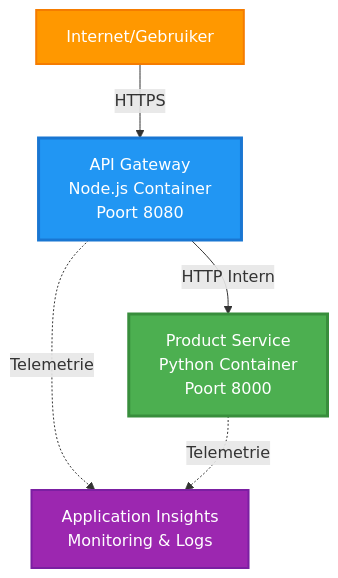
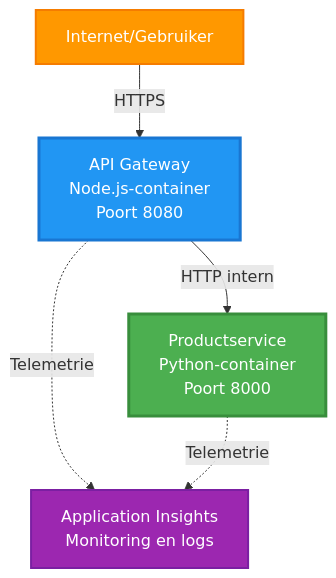
The first of 4 diagrams in translations/nl/examples/microservices/README.md (microsoft/AZD-for-beginners), drawn with Mermaid before and after one commit. The commit also changed other lines of this file and 242 other files, not shown here.

````diff
--- a/translations/nl/examples/microservices/README.md
+++ b/translations/nl/examples/microservices/README.md
@@ -40,17 +31,17 @@
 ```mermaid
 graph TB
     Internet[Internet/Gebruiker]
-    Gateway[API Gateway<br/>Node.js Container<br/>Poort 8080]
-    Product[Product Service<br/>Python Container<br/>Poort 8000]
-    AppInsights[Application Insights<br/>Monitoring & Logs]
+    Gateway[API Gateway<br/>Node.js-container<br/>Poort 8080]
+    Product[Productservice<br/>Python-container<br/>Poort 8000]
+    AppInsights[Application Insights<br/>Monitoring en logs]
     
     Internet -->|HTTPS| Gateway
-    Gateway -->|HTTP Intern| Product
+    Gateway -->|HTTP intern| Product
     Gateway -.->|Telemetrie| AppInsights
     Product -.->|Telemetrie| AppInsights
     
     style Gateway fill:#2196F3,stroke:#1976D2,stroke-width:3px,color:#fff
     style Product fill:#4CAF50,stroke:#388E3C,stroke-width:3px,color:#fff
     style Internet fill:#FF9800,stroke:#F57C00,stroke-width:2px,color:#fff
     style AppInsights fill:#9C27B0,stroke:#7B1FA2,stroke-width:2px,color:#fff
 ```
````
